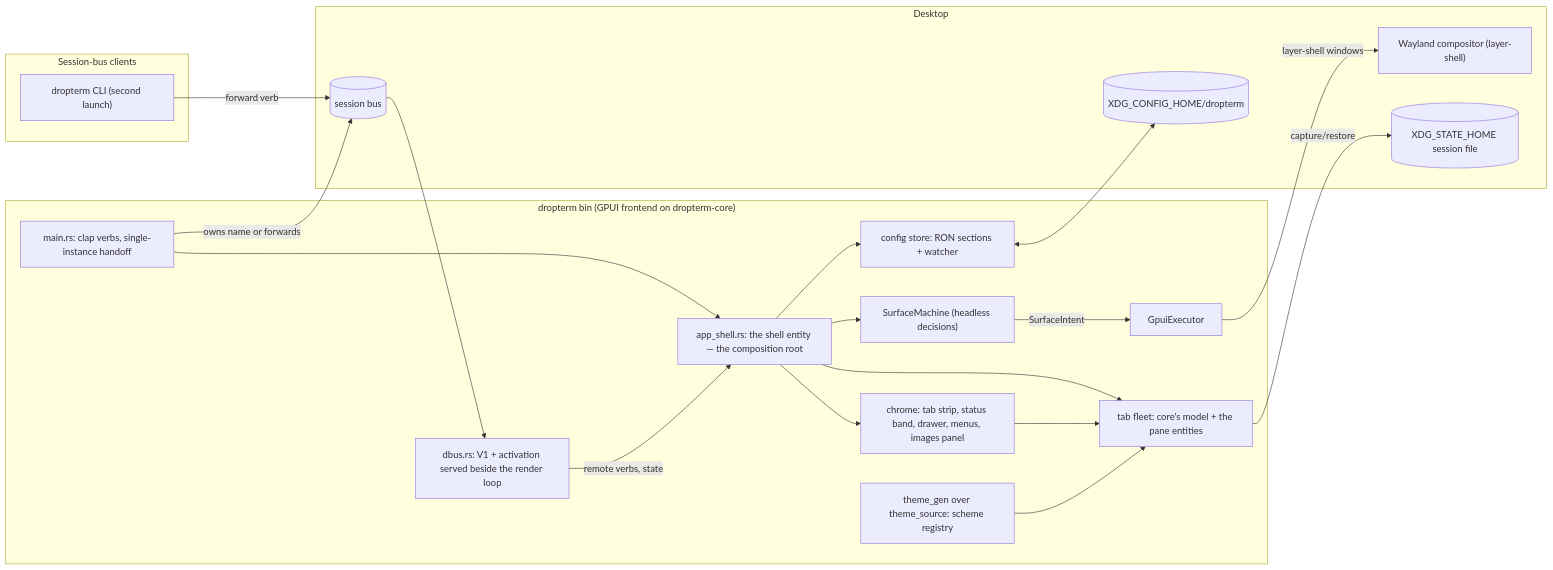
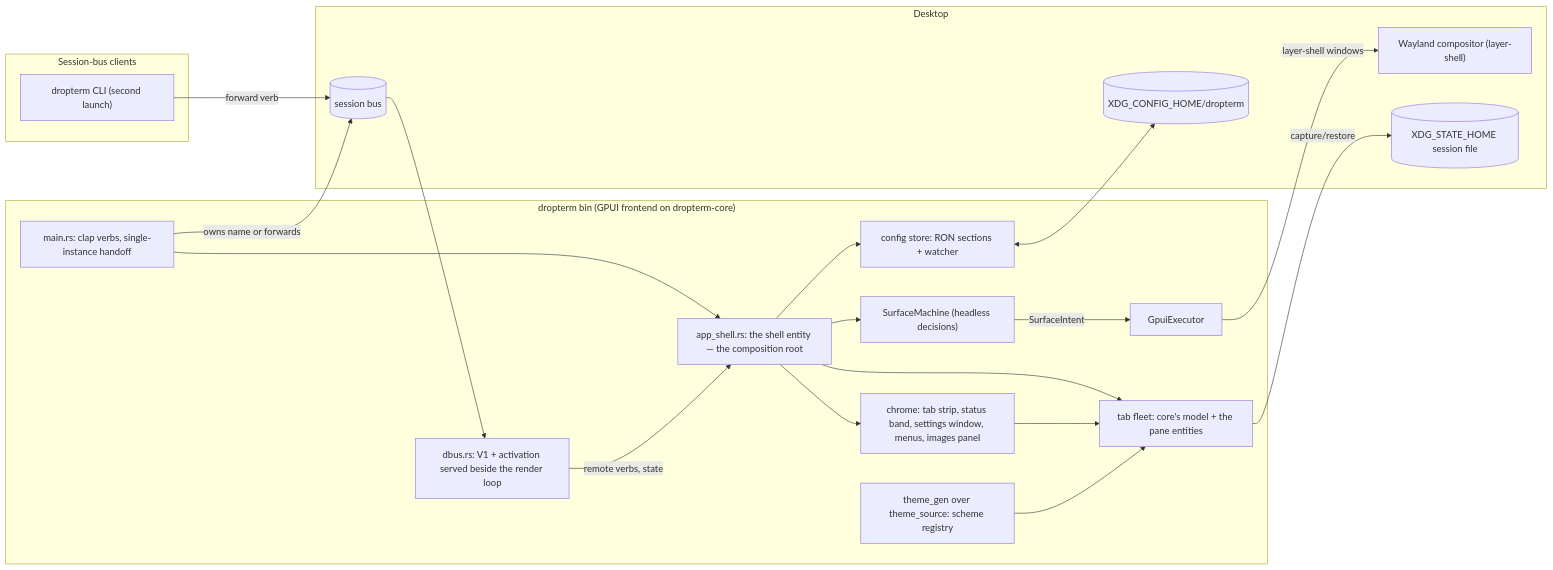
One commit to l1br3-io/cosmic-ext-dropterm changed the first of 2 diagrams in docs/architecture.md. Above: the diagram before and after it, drawn with Mermaid. The commit also changed other lines of this file and 5 other files, not shown here.

First line of the commit message:
docs(settings-window): the pages that link into settings.md — SW9

````diff
--- a/docs/architecture.md
+++ b/docs/architecture.md
@@ -14,38 +14,38 @@
 ```mermaid
 flowchart LR
     subgraph clients["Session-bus clients"]
         CLI["dropterm CLI (second launch)"]
     end
     subgraph process["dropterm bin (GPUI frontend on dropterm-core)"]
         MAIN["main.rs: clap verbs, single-instance handoff"]
         DBUS["dbus.rs: V1 + activation served beside the render loop"]
         SHELL["app_shell.rs: the shell entity — the composition root"]
         MACHINE["SurfaceMachine (headless decisions)"]
         EXEC["GpuiExecutor"]
         CONFIG["config store: RON sections + watcher"]
         TABS["tab fleet: core's model + the pane entities"]
-        CHROME["chrome: tab strip, status band, drawer, menus, images panel"]
+        CHROME["chrome: tab strip, status band, settings window, menus, images panel"]
         THEME["theme_gen over theme_source: scheme registry"]
     end
     subgraph desktop["Desktop"]
         BUS[("session bus")]
         WL["Wayland compositor (layer-shell)"]
         FILES[("XDG_CONFIG_HOME/dropterm")]
         STATE[("XDG_STATE_HOME session file")]
     end
     CLI -->|forward verb| BUS
     BUS --> DBUS
     MAIN -->|owns name or forwards| BUS
     MAIN --> SHELL
     DBUS -->|remote verbs, state| SHELL
     SHELL --> MACHINE
     SHELL --> TABS
     SHELL --> CHROME
     SHELL --> CONFIG
     MACHINE -->|SurfaceIntent| EXEC
     EXEC -->|layer-shell windows| WL
     CHROME --> TABS
     THEME --> TABS
     CONFIG <--> FILES
     TABS -->|capture/restore| STATE
 ```
````
